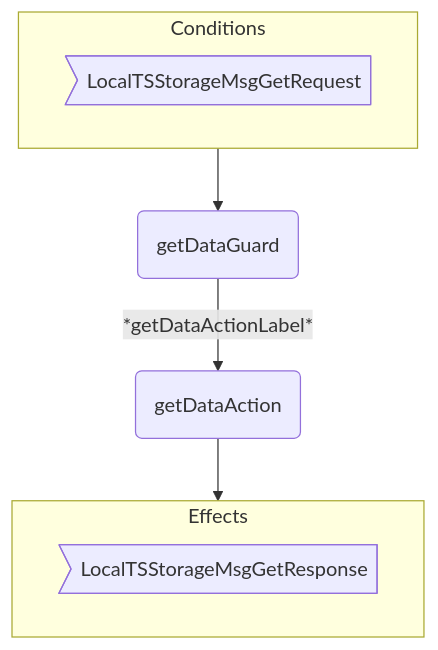
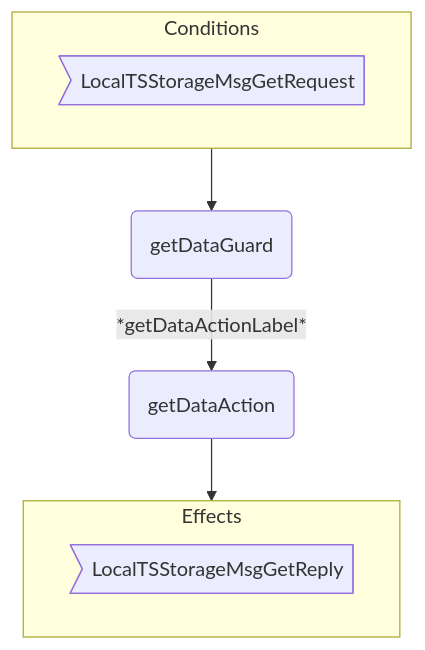
Before and after one commit to anoma/nspec: the first of 3 diagrams in docs/arch/node/engines/local_time_series_storage_behaviour.juvix.md, drawn with Mermaid. The commit also changed other lines of this file and 37 other files, not shown here.

Commit message:
Renamed all instances of "Response" to "Reply" in message interfaces for consistency across commitment, decryption, identity management, and other engines.

````diff
--- a/docs/arch/node/engines/local_time_series_storage_behaviour.juvix.md
+++ b/docs/arch/node/engines/local_time_series_storage_behaviour.juvix.md
@@ -552,15 +552,15 @@
 ```mermaid
 flowchart TD
   subgraph C[Conditions]
     CMsg>LocalTSStorageMsgGetRequest]
   end
 
   G(getDataGuard)
   A(getDataAction)
 
   C --> G -- *getDataActionLabel* --> A --> E
 
   subgraph E[Effects]
-    EMsg>LocalTSStorageMsgGetResponse]
+    EMsg>LocalTSStorageMsgGetReply]
   end
 ```
````
